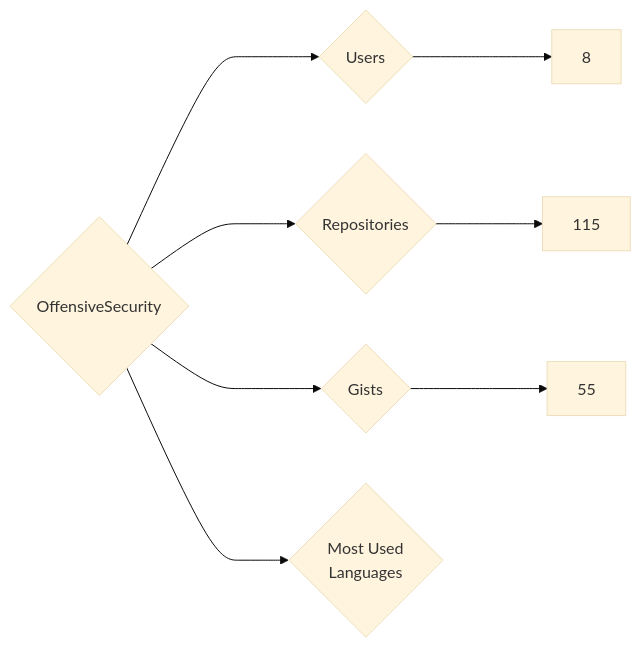
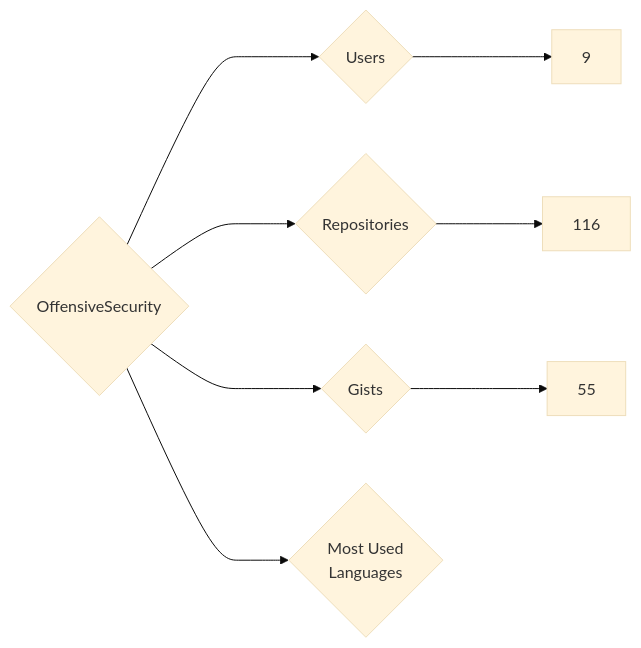
Before and after one commit to nenadzaric/insiders: the diagram in targets/OffensiveSecurity/README.md, drawn with Mermaid (base theme). The commit also changed 1342 other files, not shown here.

````diff
--- a/targets/OffensiveSecurity/README.md
+++ b/targets/OffensiveSecurity/README.md
@@ -3,8 +3,8 @@
 ```mermaid
 graph LR
 COMPANY_NAME{OffensiveSecurity}
-COMPANY_NAME ---> U{Users} ---> UN[8]
-COMPANY_NAME ---> R{Repositories} ---> RN[115]
+COMPANY_NAME ---> U{Users} ---> UN[9]
+COMPANY_NAME ---> R{Repositories} ---> RN[116]
 COMPANY_NAME ---> G{Gists} ---> GN[55]
 COMPANY_NAME ---> ML{Most Used<br>Languages}
 ```
````
